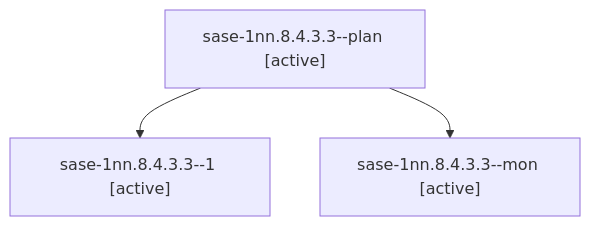
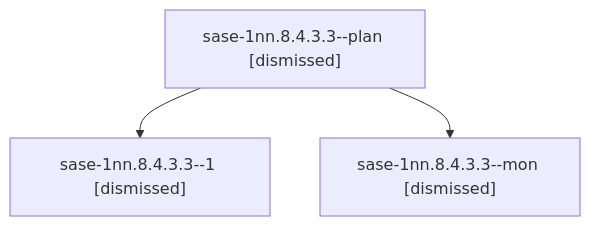
One commit to sase-org/sase--agents changed the diagram in sessions/bbugyi200.athena.sase-1nn.8.4.3.3.md. Above: the diagram before and after it, drawn with Mermaid. The commit also changed other lines of this file and 188 other files, not shown here.

````diff
--- a/sessions/bbugyi200.athena.sase-1nn.8.4.3.3.md
+++ b/sessions/bbugyi200.athena.sase-1nn.8.4.3.3.md
@@ -9,8 +9,8 @@
 ```mermaid
 flowchart TD
-  n0["sase-1nn.8.4.3.3--plan [active]"]
-  n1["sase-1nn.8.4.3.3--1 [active]"]
+  n0["sase-1nn.8.4.3.3--plan [dismissed]"]
+  n1["sase-1nn.8.4.3.3--1 [dismissed]"]
   n0 --> n1
-  n2["sase-1nn.8.4.3.3--mon [active]"]
+  n2["sase-1nn.8.4.3.3--mon [dismissed]"]
   n0 --> n2
 ```
````
